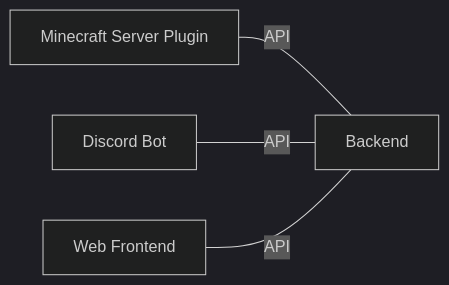
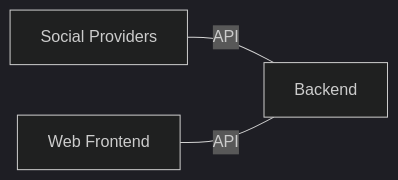
One commit to samuelh2005/OmniLink changed the diagram in docs/Architecture.md. Above: the diagram before and after it, drawn with Mermaid (dark theme). The commit also changed other lines of this file and 5 other files, not shown here.

Commit message:
refactor: rebuild architecture to make web interface the primary

````diff
--- a/docs/Architecture.md
+++ b/docs/Architecture.md
@@ -5,12 +5,10 @@
 ```mermaid
 flowchart LR
     A[Backend]
 
-    B[Minecraft Server Plugin]
-    C[Discord Bot]
-    D[Web Frontend]
+    B[Social Providers]
+    C[Web Frontend]
 
     B ---|API| A
     C ---|API| A
-    D ---|API| A
 ```
````
